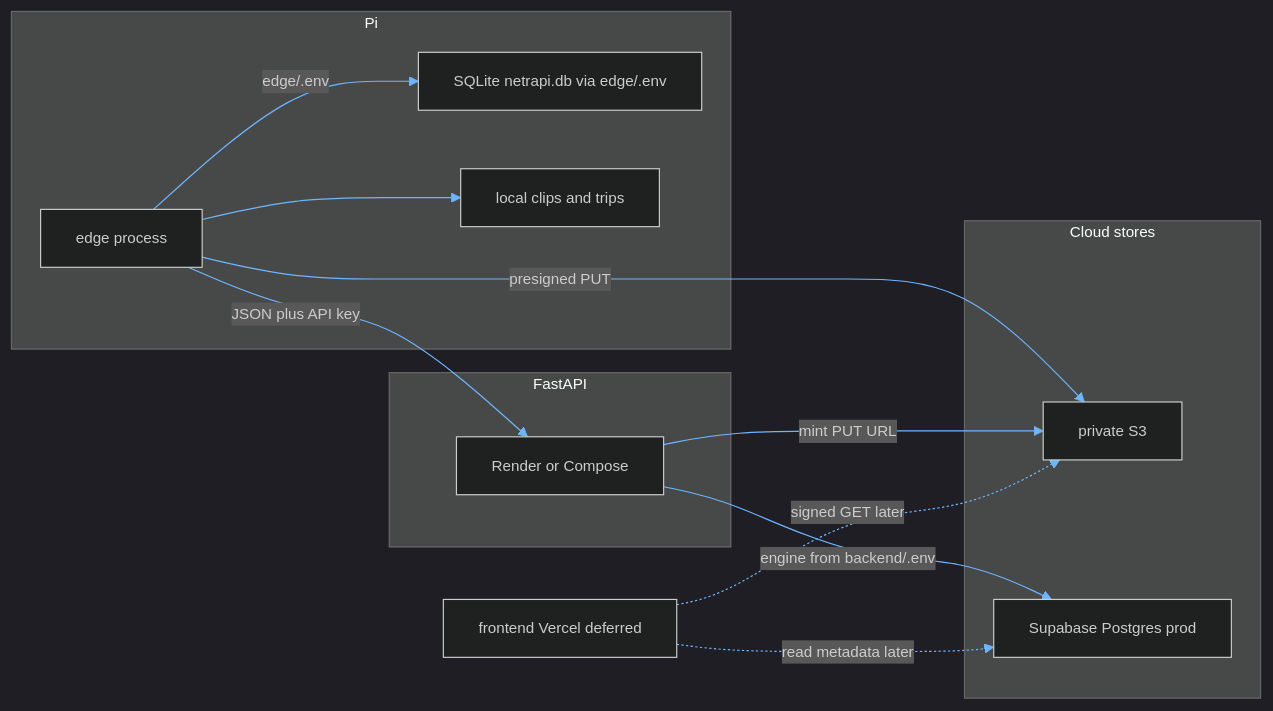
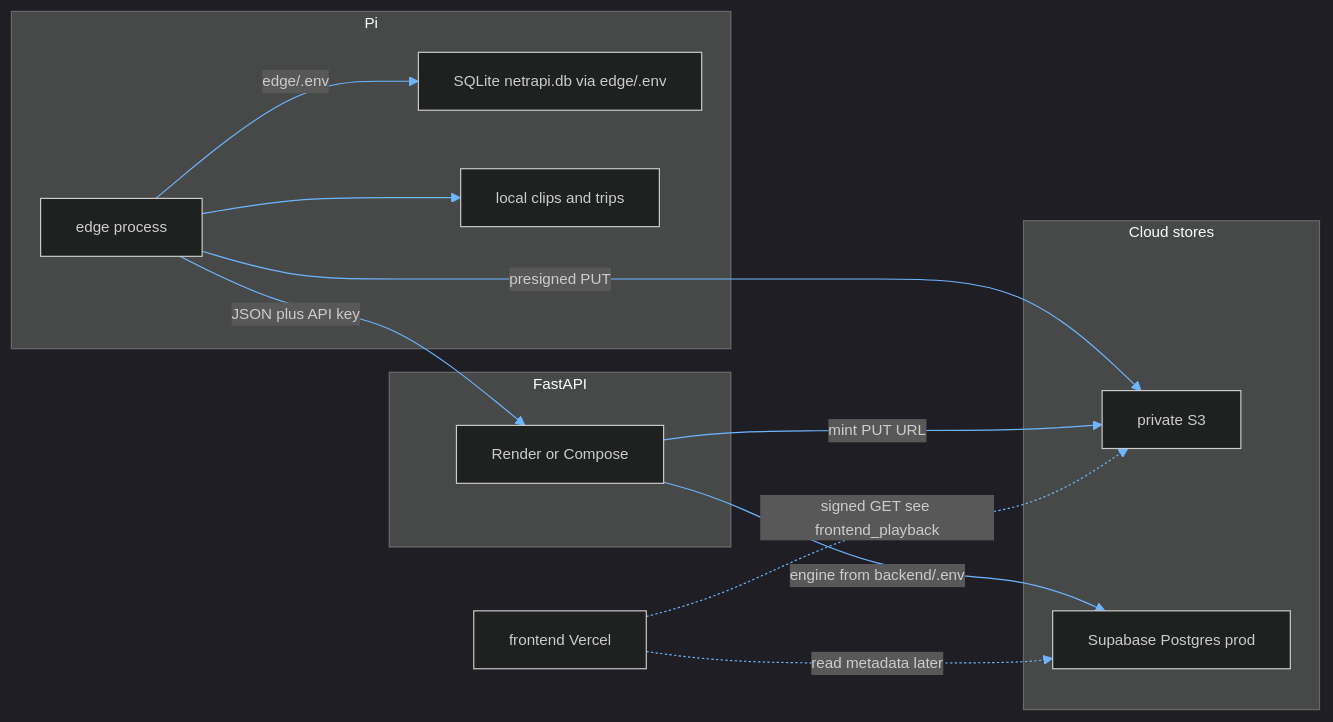
One commit to GregT7/NetraPi changed the first of 4 diagrams in project_management/diagrams/cloud_architecture.md. Above: the diagram before and after it, drawn with Mermaid. The commit also changed other lines of this file and 135 other files, not shown here.

````diff
--- a/project_management/diagrams/cloud_architecture.md
+++ b/project_management/diagrams/cloud_architecture.md
@@ -43,26 +43,26 @@
 ```mermaid
 %%{init: {'theme': 'dark', 'themeVariables': { 'primaryTextColor': '#e6e6e6', 'lineColor': '#6eb5ff', 'fontSize': '13px'}}}%%
 flowchart LR
   subgraph edge [Pi]
     Pi[edge process]
     Sqlite["SQLite netrapi.db via edge/.env"]
     Files[local clips and trips]
   end
   subgraph backend [FastAPI]
     Api[Render or Compose]
   end
   subgraph cloud [Cloud stores]
     S3[private S3]
     Pg[Supabase Postgres prod]
   end
-  Frontend[frontend Vercel deferred]
+  Frontend[frontend Vercel]
 
   Pi -->|"edge/.env"| Sqlite
   Pi --> Files
   Pi -->|"JSON plus API key"| Api
   Pi -->|"presigned PUT"| S3
   Api -->|"engine from backend/.env"| Pg
   Api -->|"mint PUT URL"| S3
-  Frontend -.->|"signed GET later"| S3
+  Frontend -.->|"signed GET see frontend_playback"| S3
   Frontend -.->|"read metadata later"| Pg
 ```
````
